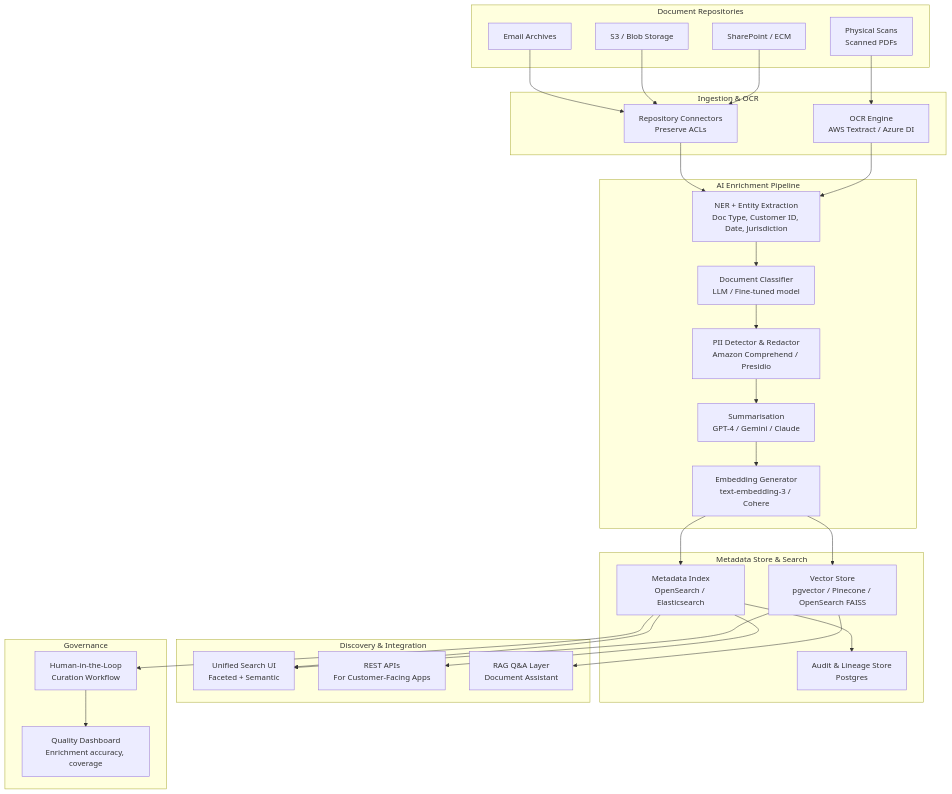
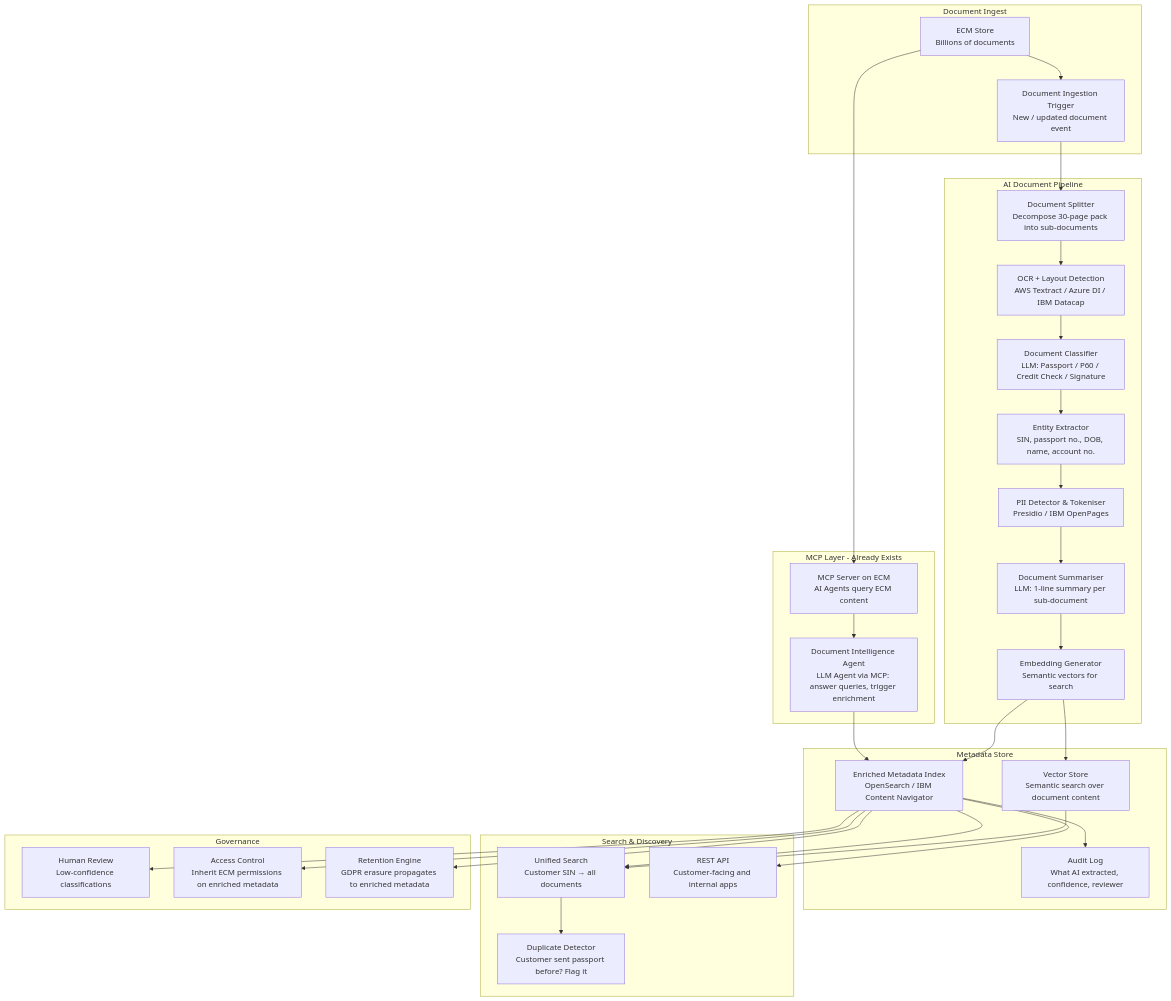
One commit to sameerrao20118/EAEP changed the diagram in idea10-metadata-enhancement.md. Above: the diagram before and after it, drawn with Mermaid. The commit also changed other lines of this file and 8 other files, not shown here.

````diff
--- a/idea10-metadata-enhancement.md
+++ b/idea10-metadata-enhancement.md
@@ -78,63 +153,66 @@
 ```mermaid
 graph TD
-    subgraph Document Repositories
-        SP[SharePoint / ECM]
-        S3[S3 / Blob Storage]
-        SCAN[Physical Scans<br/>Scanned PDFs]
-        EMAIL[Email Archives]
+    subgraph Document Ingest
+        ECM[ECM Store<br/>Billions of documents]
+        INGEST[Document Ingestion Trigger<br/>New / updated document event]
     end
 
-    subgraph Ingestion & OCR
-        CONN[Repository Connectors<br/>Preserve ACLs]
-        OCR[OCR Engine<br/>AWS Textract / Azure DI]
+    subgraph AI Document Pipeline
+        SPLIT[Document Splitter<br/>Decompose 30-page pack into sub-documents]
+        OCR[OCR + Layout Detection<br/>AWS Textract / Azure DI / IBM Datacap]
+        CLASS[Document Classifier<br/>LLM: Passport / P60 / Credit Check / Signature]
+        NER[Entity Extractor<br/>SIN, passport no., DOB, name, account no.]
+        PII[PII Detector & Tokeniser<br/>Presidio / IBM OpenPages]
+        SUMM[Document Summariser<br/>LLM: 1-line summary per sub-document]
+        EMBED[Embedding Generator<br/>Semantic vectors for search]
     end
 
-    subgraph AI Enrichment Pipeline
-        NER[NER + Entity Extraction<br/>Doc Type, Customer ID, Date, Jurisdiction]
-        CLASS[Document Classifier<br/>LLM / Fine-tuned model]
-        PII[PII Detector & Redactor<br/>Amazon Comprehend / Presidio]
-        SUMM[Summarisation<br/>GPT-4 / Gemini / Claude]
-        EMBED[Embedding Generator<br/>text-embedding-3 / Cohere]
+    subgraph MCP Layer - Already Exists
+        MCP[MCP Server on ECM<br/>AI Agents query ECM content]
+        AGENT[Document Intelligence Agent<br/>LLM Agent via MCP: answer queries, trigger enrichment]
     end
 
-    subgraph Metadata Store & Search
-        META[Metadata Index<br/>OpenSearch / Elasticsearch]
-        VEC[Vector Store<br/>pgvector / Pinecone / OpenSearch FAISS]
-        AUDIT[Audit & Lineage Store<br/>Postgres]
+    subgraph Metadata Store
+        META[Enriched Metadata Index<br/>OpenSearch / IBM Content Navigator]
+        VEC[Vector Store<br/>Semantic search over document content]
+        AUDIT[Audit Log<br/>What AI extracted, confidence, reviewer]
     end
 
-    subgraph Discovery & Integration
-        SEARCH[Unified Search UI<br/>Faceted + Semantic]
-        API[REST APIs<br/>For Customer-Facing Apps]
-        RAG[RAG Q&A Layer<br/>Document Assistant]
+    subgraph Search & Discovery
+        SEARCH[Unified Search<br/>Customer SIN → all documents]
+        API[REST API<br/>Customer-facing and internal apps]
+        DEDUP[Duplicate Detector<br/>Customer sent passport before? Flag it]
     end
 
     subgraph Governance
-        HITL[Human-in-the-Loop<br/>Curation Workflow]
-        QUAL[Quality Dashboard<br/>Enrichment accuracy, coverage]
+        HITL[Human Review<br/>Low-confidence classifications]
+        ACCESS[Access Control<br/>Inherit ECM permissions on enriched metadata]
+        RETAIN[Retention Engine<br/>GDPR erasure propagates to enriched metadata]
     end
 
-    SP --> CONN
-    S3 --> CONN
-    SCAN --> OCR
-    EMAIL --> CONN
-    OCR --> NER
-    CONN --> NER
-
-    NER --> CLASS
-    CLASS --> PII
+    ECM --> INGEST
+    INGEST --> SPLIT
+    SPLIT --> OCR
+    OCR --> CLASS
+    CLASS --> NER
+    NER --> PII
     PII --> SUMM
     SUMM --> EMBED
 
     EMBED --> META
     EMBED --> VEC
     META --> AUDIT
 
+    MCP --> AGENT
+    ECM --> MCP
+    AGENT --> META
+
     VEC --> SEARCH
     META --> SEARCH
     META --> API
-    VEC --> RAG
+    SEARCH --> DEDUP
 
     META --> HITL
-    HITL --> QUAL
+    META --> ACCESS
+    META --> RETAIN
 ```
````
